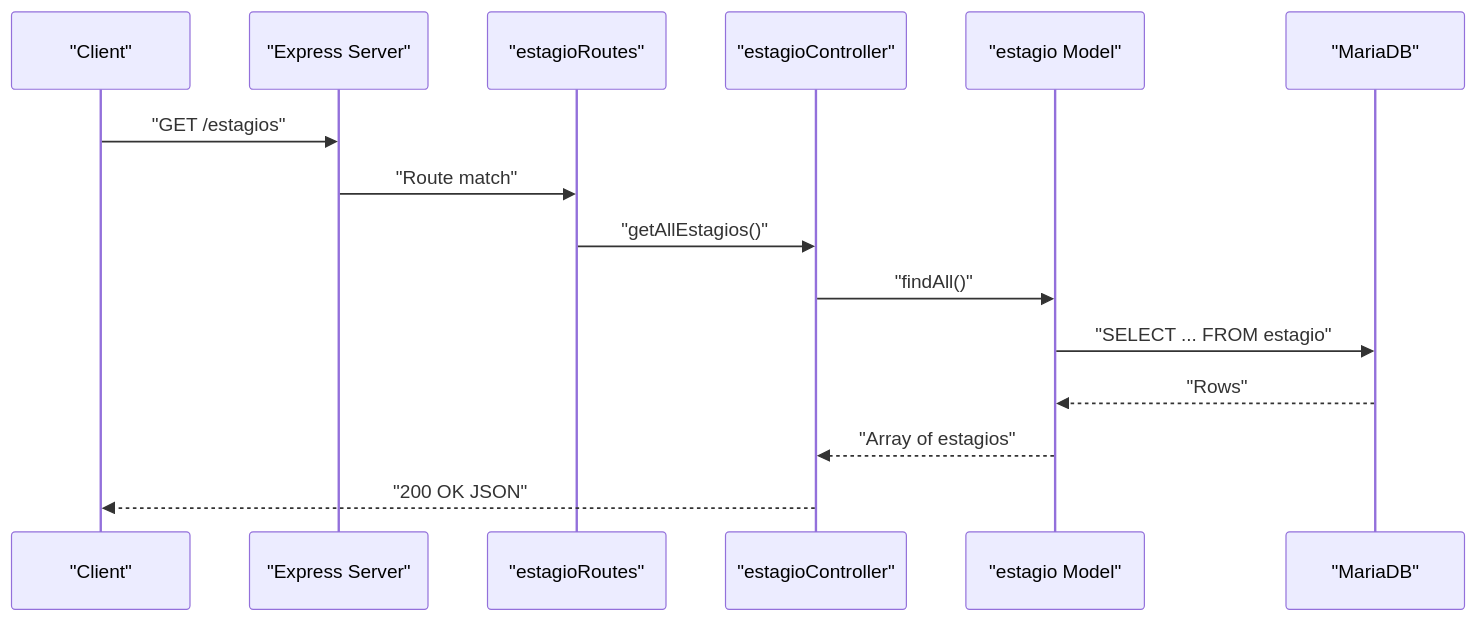
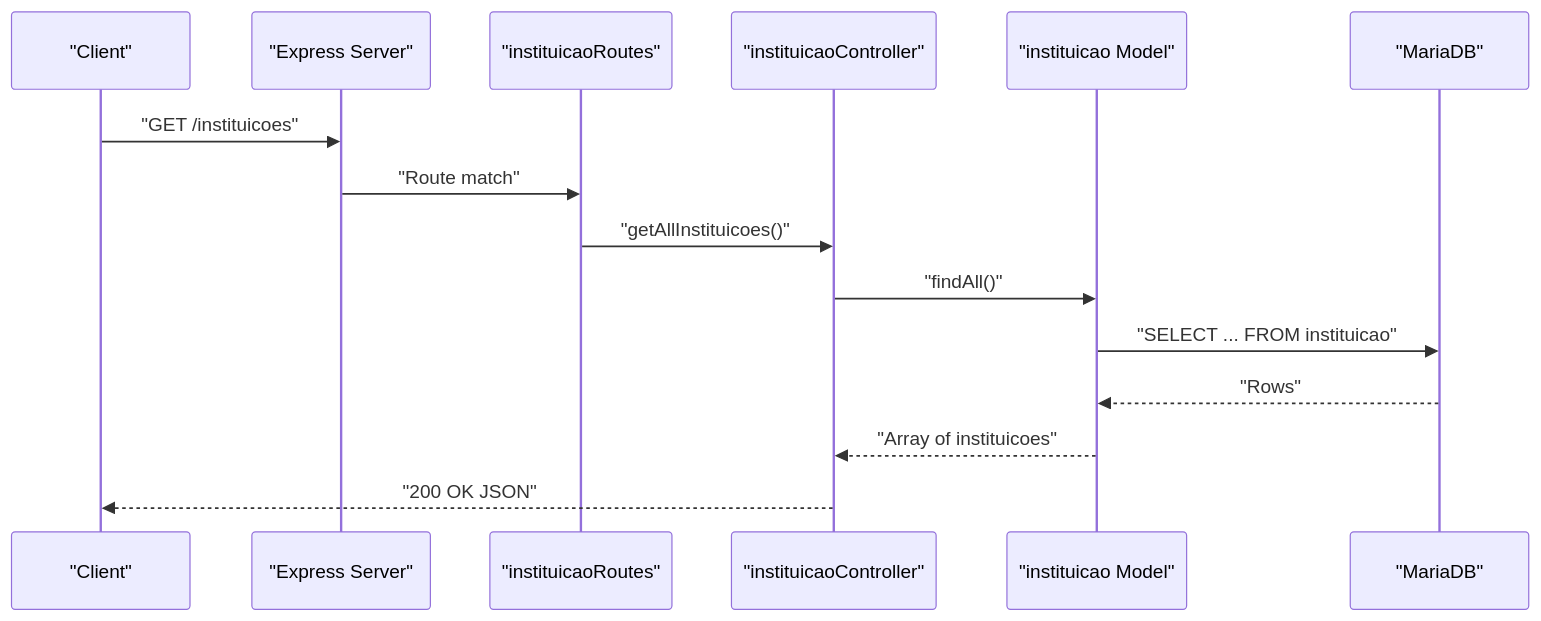
Before and after one commit to luiseduacosta/nodemural: the second of 3 diagrams in .qoder/repowiki/en/content/API Reference/Internship Management APIs.md, drawn with Mermaid. The commit also changed other lines of this file and 25 other files, not shown here.

````diff
--- a/.qoder/repowiki/en/content/API Reference/Internship Management APIs.md
+++ b/.qoder/repowiki/en/content/API Reference/Internship Management APIs.md
@@ -121,17 +121,17 @@
 ```mermaid
 sequenceDiagram
 participant C as "Client"
 participant SRV as "Express Server"
-participant ER as "estagioRoutes"
-participant EC as "estagioController"
-participant EM as "estagio Model"
+participant ER as "instituicaoRoutes"
+participant EC as "instituicaoController"
+participant EM as "instituicao Model"
 participant DB as "MariaDB"
-C->>SRV : "GET /estagios"
+C->>SRV : "GET /instituicoes"
 SRV->>ER : "Route match"
-ER->>EC : "getAllEstagios()"
+ER->>EC : "getAllInstituicoes()"
 EC->>EM : "findAll()"
-EM->>DB : "SELECT ... FROM estagio"
+EM->>DB : "SELECT ... FROM instituicao"
 DB-->>EM : "Rows"
-EM-->>EC : "Array of estagios"
+EM-->>EC : "Array of instituicoes"
 EC-->>C : "200 OK JSON"
 ```
````
